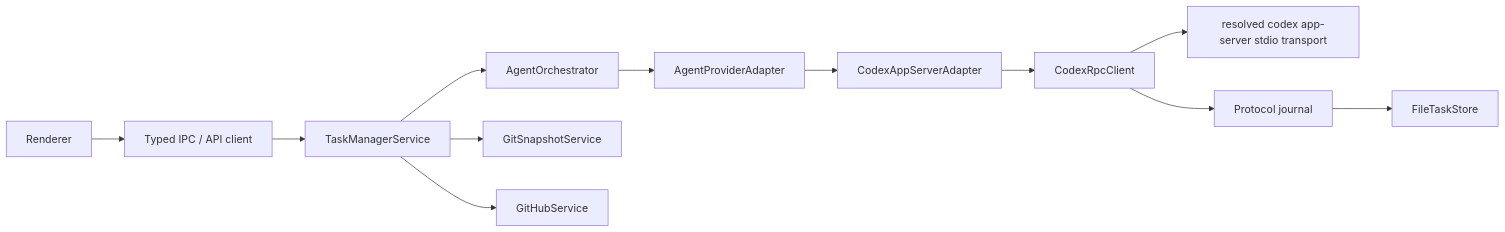
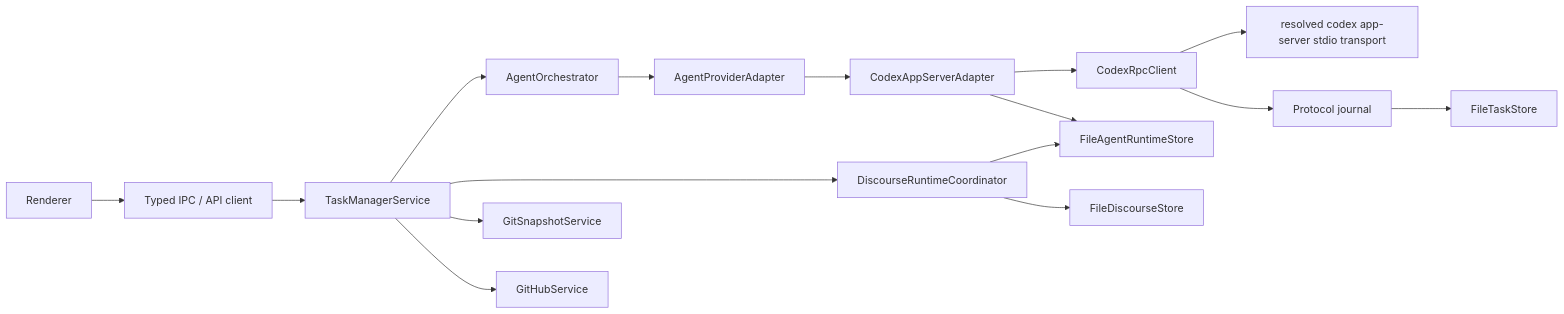
The diagram in docs/APP_SERVER_ARCHITECTURE.md (RojhatToptamus/task-monki), drawn with Mermaid before and after one commit. The commit also changed other lines of this file and 113 other files, not shown here.

Commit message:
Implement general agent discourse

````diff
--- a/docs/APP_SERVER_ARCHITECTURE.md
+++ b/docs/APP_SERVER_ARCHITECTURE.md
@@ -32,14 +32,18 @@
 ```mermaid
 flowchart LR
   UI["Renderer"] --> IPC["Typed IPC / API client"]
   IPC --> Service["TaskManagerService"]
   Service --> Orchestrator["AgentOrchestrator"]
   Orchestrator --> Adapter["AgentProviderAdapter"]
   Adapter --> Codex["CodexAppServerAdapter"]
   Codex --> RPC["CodexRpcClient"]
   RPC --> Server["resolved codex app-server stdio transport"]
   RPC --> Journal["Protocol journal"]
   Journal --> Store["FileTaskStore"]
+  Service --> DiscourseCoordinator["DiscourseRuntimeCoordinator"]
+  DiscourseCoordinator --> RuntimeStore["FileAgentRuntimeStore"]
+  DiscourseCoordinator --> DiscourseStore["FileDiscourseStore"]
+  Codex --> RuntimeStore
   Service --> Git["GitSnapshotService"]
   Service --> GitHub["GitHubService"]
 ```
````
